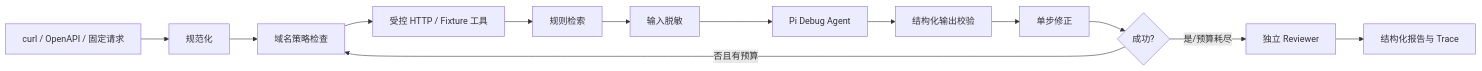
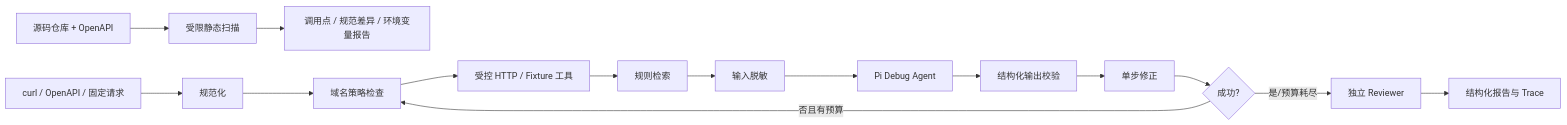
The diagram in README.md (LarryBUPT/A-Pidoc), drawn with Mermaid before and after one commit. The commit also changed other lines of this file and 11 other files, not shown here.

````diff
--- a/README.md
+++ b/README.md
@@ -9,15 +9,17 @@
 ```mermaid
 flowchart LR
+    R[源码仓库 + OpenAPI] --> S[受限静态扫描]
+    S --> T[调用点 / 规范差异 / 环境变量报告]
     A[curl / OpenAPI / 固定请求] --> B[规范化]
     B --> C[域名策略检查]
     C --> D[受控 HTTP / Fixture 工具]
     D --> E[规则检索]
     E --> F[输入脱敏]
     F --> G[Pi Debug Agent]
     G --> H[结构化输出校验]
     H --> I[单步修正]
     I --> J{成功?}
     J -- 否且有预算 --> C
     J -- 是/预算耗尽 --> K[独立 Reviewer]
     K --> L[结构化报告与 Trace]
 ```
````
